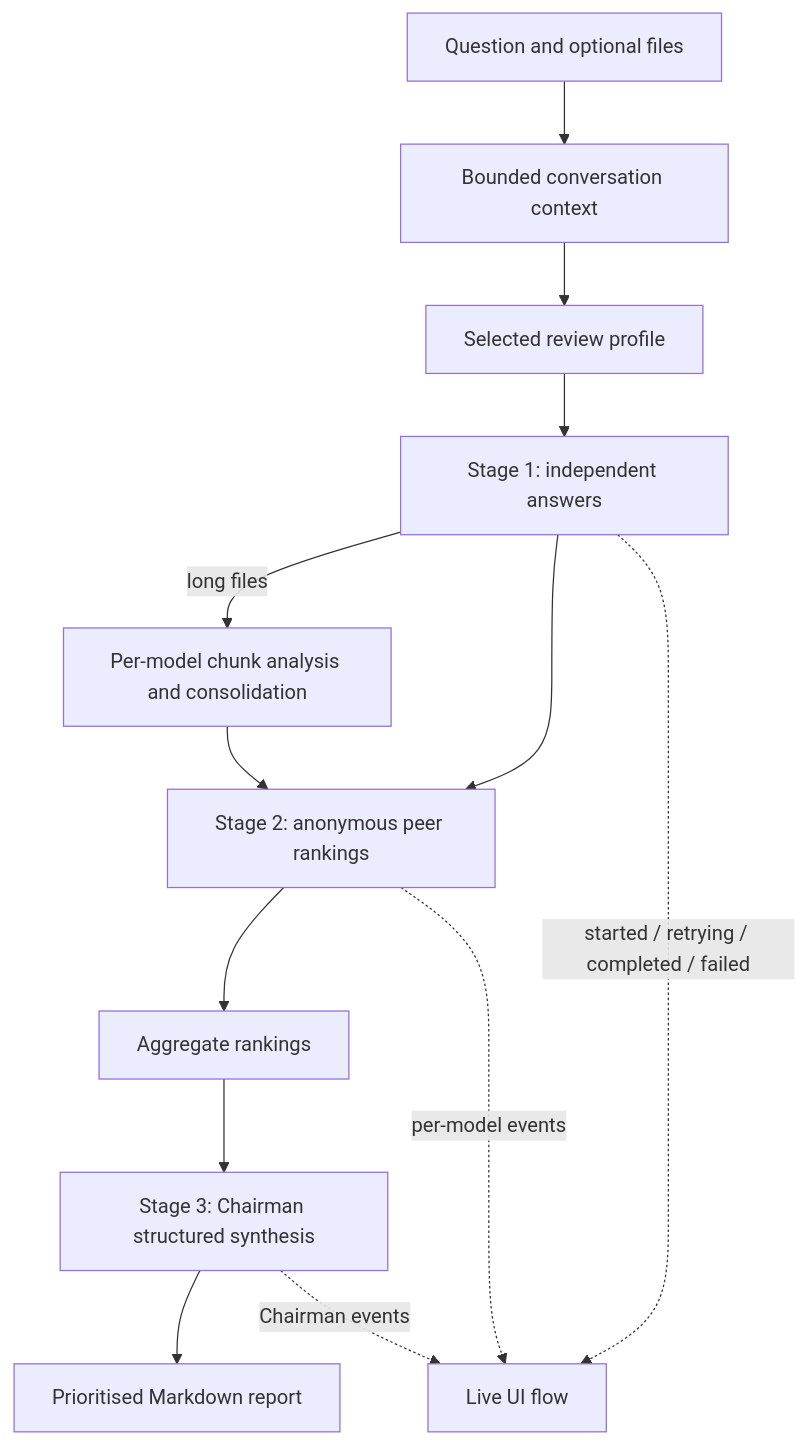
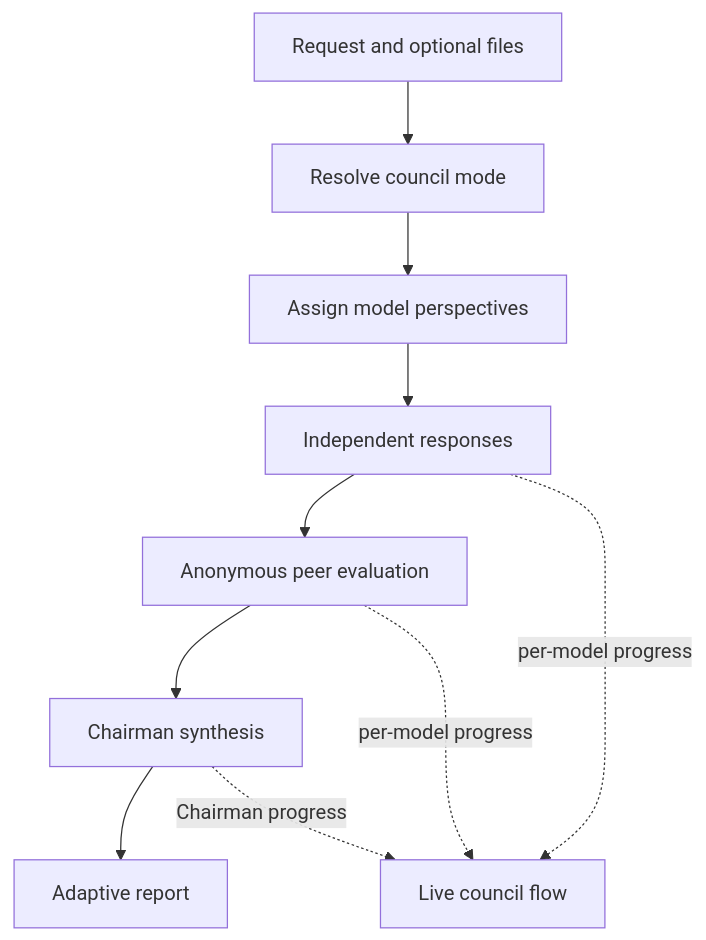
Before and after one commit to mltakeover/LLM_council: the first of 2 diagrams in README.md, drawn with Mermaid. The commit also changed other lines of this file and 32 other files, not shown here.

Commit message:
Add adaptive general-purpose council modes (#4)

````diff
--- a/README.md
+++ b/README.md
@@ -42,16 +63,13 @@
 ```mermaid
 flowchart TD
-    Q[Question and optional files] --> C[Bounded conversation context]
-    C --> P[Selected review profile]
-    P --> S1[Stage 1: independent answers]
-    S1 -->|long files| CH[Per-model chunk analysis and consolidation]
-    S1 --> S2[Stage 2: anonymous peer rankings]
-    CH --> S2
-    S2 --> A[Aggregate rankings]
-    A --> S3[Stage 3: Chairman structured synthesis]
-    S3 --> R[Prioritised Markdown report]
+    Q[Request and optional files] --> M[Resolve council mode]
+    M --> R[Assign model perspectives]
+    R --> S1[Independent responses]
+    S1 --> S2[Anonymous peer evaluation]
+    S2 --> S3[Chairman synthesis]
+    S3 --> O[Adaptive report]
 
-    S1 -. started / retrying / completed / failed .-> UI[Live UI flow]
-    S2 -. per-model events .-> UI
-    S3 -. Chairman events .-> UI
+    S1 -. per-model progress .-> UI[Live council flow]
+    S2 -. per-model progress .-> UI
+    S3 -. Chairman progress .-> UI
 ```
````
